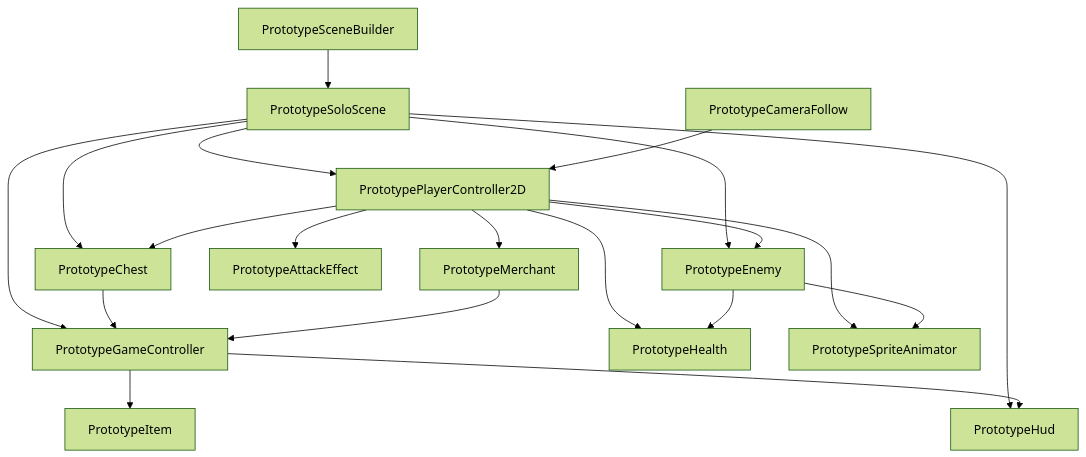
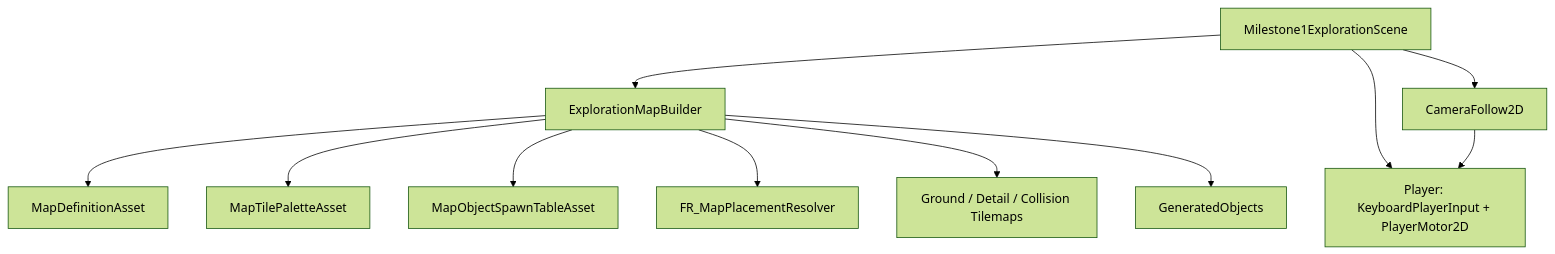
Before and after one commit to Umigarasu01/FantasyRoyale: the diagram in RuneBoardTacticsVault/Architecture/SceneClassStructure.md, drawn with Mermaid (forest theme). The commit also changed other lines of this file and 301 other files, not shown here.

````diff
--- a/RuneBoardTacticsVault/Architecture/SceneClassStructure.md
+++ b/RuneBoardTacticsVault/Architecture/SceneClassStructure.md
@@ -10,36 +7,24 @@
 ```mermaid
 flowchart TD
-    Scene["PrototypeSoloScene"]
-    Builder["PrototypeSceneBuilder"]
-    Game["PrototypeGameController"]
-    Player["PrototypePlayerController2D"]
-    Health["PrototypeHealth"]
-    Enemy["PrototypeEnemy"]
-    Chest["PrototypeChest"]
-    Item["PrototypeItem"]
-    Hud["PrototypeHud"]
-    Anim["PrototypeSpriteAnimator"]
-    AttackFx["PrototypeAttackEffect"]
-    Merchant["PrototypeMerchant"]
-    Camera["PrototypeCameraFollow"]
+    Scene["Milestone1ExplorationScene"]
+    Builder["ExplorationMapBuilder"]
+    MapAsset["MapDefinitionAsset"]
+    Palette["MapTilePaletteAsset"]
+    SpawnTable["MapObjectSpawnTableAsset"]
+    Resolver["FR_MapPlacementResolver"]
+    Tilemaps["Ground / Detail / Collision Tilemaps"]
+    Objects["GeneratedObjects"]
+    Player["Player: KeyboardPlayerInput + PlayerMotor2D"]
+    Camera["CameraFollow2D"]
 
-    Builder --> Scene
-    Scene --> Game
+    Scene --> Builder
+    Builder --> MapAsset
+    Builder --> Palette
+    Builder --> SpawnTable
+    Builder --> Resolver
+    Builder --> Tilemaps
+    Builder --> Objects
     Scene --> Player
-    Scene --> Enemy
-    Scene --> Chest
-    Scene --> Hud
-    Game --> Item
-    Game --> Hud
-    Player --> Health
-    Enemy --> Health
-    Player --> Enemy
-    Player --> Chest
-    Chest --> Game
-    Player --> Anim
-    Enemy --> Anim
-    Player --> AttackFx
-    Player --> Merchant
-    Merchant --> Game
+    Scene --> Camera
     Camera --> Player
 ```
````
